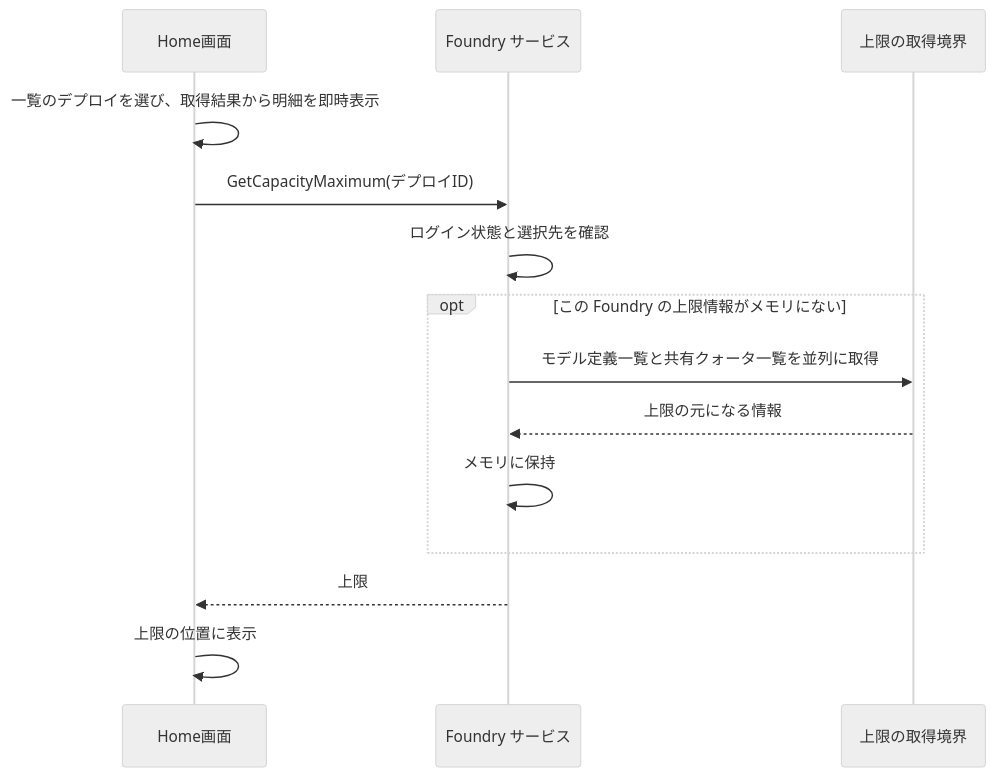
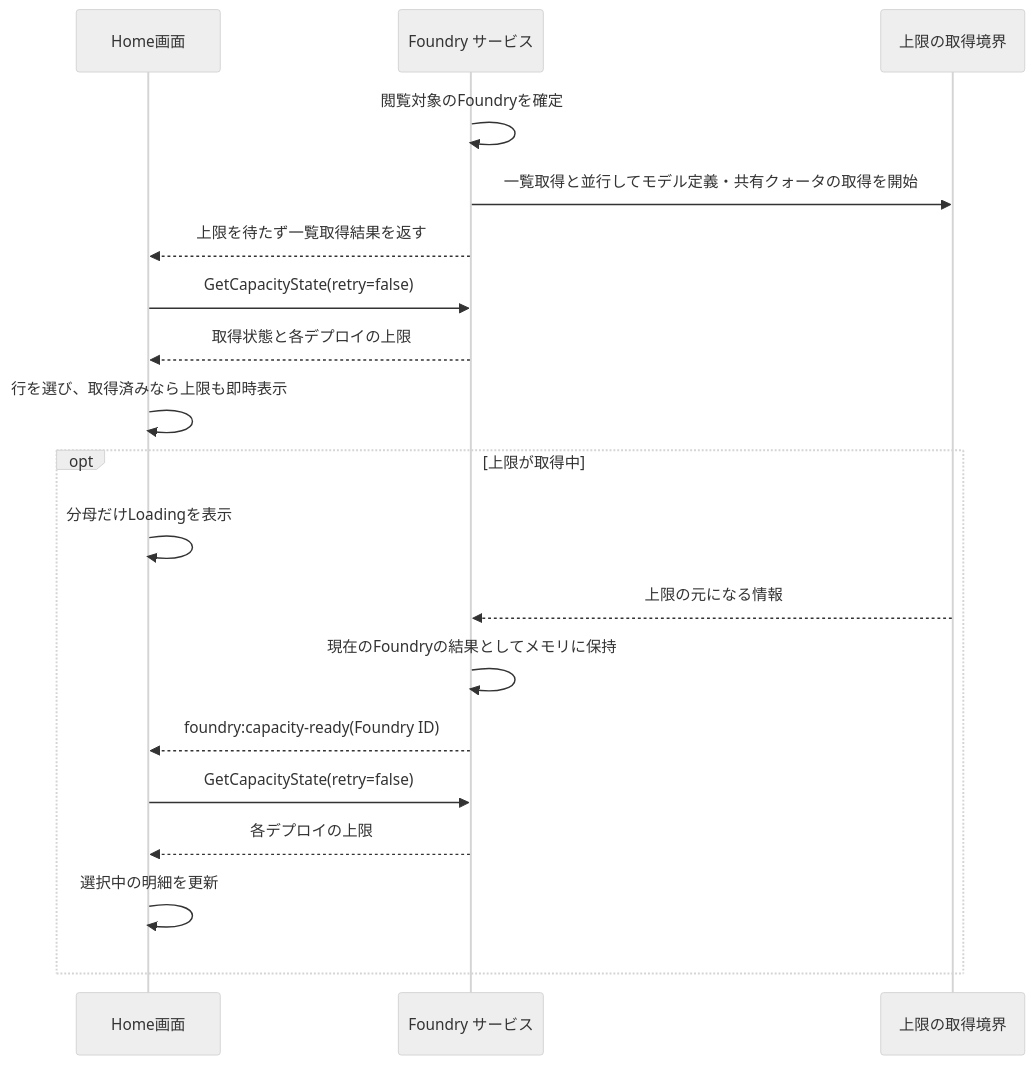
Before and after one commit to nuitsjp/azfoundry-deck: the fifth of 7 diagrams in docs/design/UCP-1.md, drawn with Mermaid (neutral theme). The commit also changed other lines of this file and 22 other files, not shown here.

````diff
--- a/docs/design/UCP-1.md
+++ b/docs/design/UCP-1.md
@@ -204,16 +207,21 @@
 ```mermaid
 sequenceDiagram
   participant U as Home画面
   participant S as Foundry サービス
   participant K as 上限の取得境界
-  U->>U: 一覧のデプロイを選び、取得結果から明細を即時表示
-  U->>S: GetCapacityMaximum(デプロイID)
-  S->>S: ログイン状態と選択先を確認
-  opt この Foundry の上限情報がメモリにない
-    S->>K: モデル定義一覧と共有クォータ一覧を並列に取得
+  S->>S: 閲覧対象のFoundryを確定
+  S->>K: 一覧取得と並行してモデル定義・共有クォータの取得を開始
+  S-->>U: 上限を待たず一覧取得結果を返す
+  U->>S: GetCapacityState(retry=false)
+  S-->>U: 取得状態と各デプロイの上限
+  U->>U: 行を選び、取得済みなら上限も即時表示
+  opt 上限が取得中
+    U->>U: 分母だけLoadingを表示
     K-->>S: 上限の元になる情報
-    S->>S: メモリに保持
+    S->>S: 現在のFoundryの結果としてメモリに保持
+    S-->>U: foundry:capacity-ready(Foundry ID)
+    U->>S: GetCapacityState(retry=false)
+    S-->>U: 各デプロイの上限
+    U->>U: 選択中の明細を更新
   end
-  S-->>U: 上限
-  U->>U: 上限の位置に表示
 ```
````
